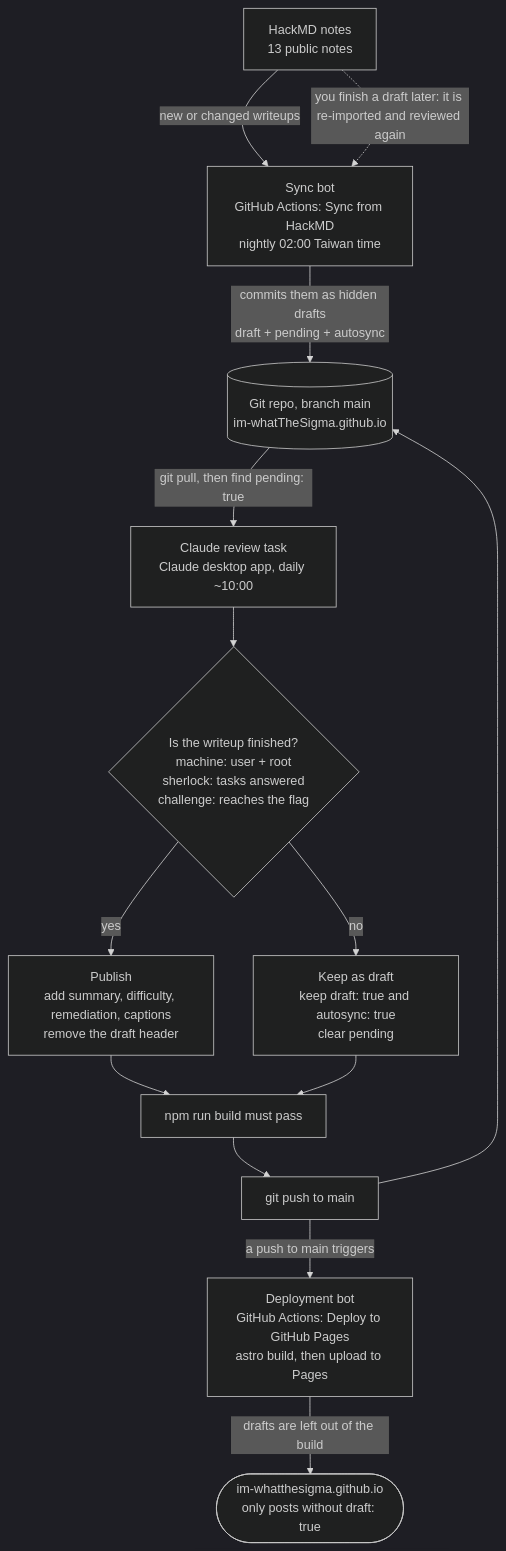
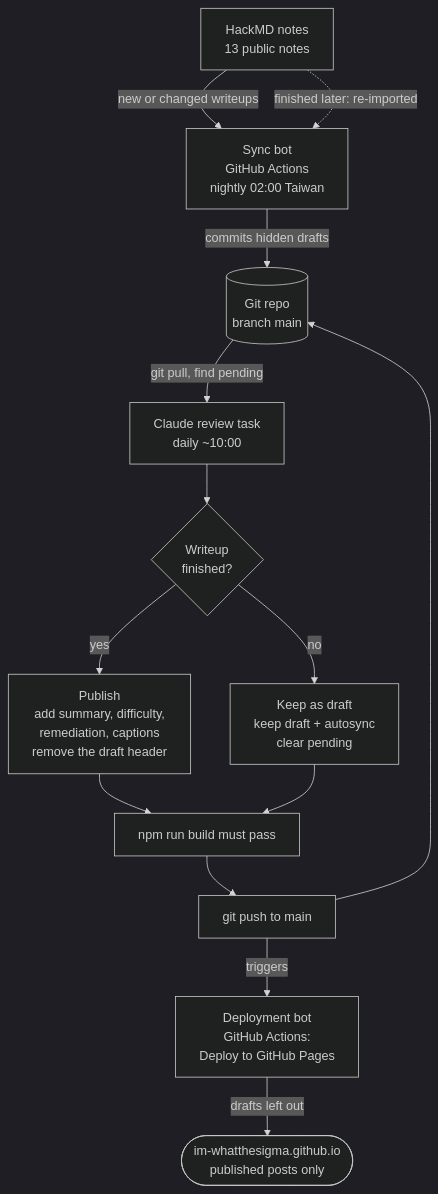
The diagram in README.md (im-whatTheSigma/im-whatTheSigma.github.io), drawn with Mermaid (dark theme) before and after one commit. The commit also changed other lines of this file, not shown here.

Commit message:
README: make the workflow diagram compact enough to read

````diff
--- a/README.md
+++ b/README.md
@@ -61,28 +61,28 @@
 ```mermaid
 flowchart TD
     hackmd["HackMD notes<br/>13 public notes"]
-    sync["Sync bot<br/>GitHub Actions: Sync from HackMD<br/>nightly 02:00 Taiwan time"]
-    repo[("Git repo, branch main<br/>im-whatTheSigma.github.io")]
-    claude["Claude review task<br/>Claude desktop app, daily ~10:00"]
-    check{"Is the writeup finished?<br/>machine: user + root<br/>sherlock: tasks answered<br/>challenge: reaches the flag"}
-    publish["Publish<br/>add summary, difficulty, remediation, captions<br/>remove the draft header"]
-    keep["Keep as draft<br/>keep draft: true and autosync: true<br/>clear pending"]
+    sync["Sync bot<br/>GitHub Actions<br/>nightly 02:00 Taiwan"]
+    repo[("Git repo<br/>branch main")]
+    claude["Claude review task<br/>daily ~10:00"]
+    check{"Writeup<br/>finished?"}
+    publish["Publish<br/>add summary, difficulty,<br/>remediation, captions<br/>remove the draft header"]
+    keep["Keep as draft<br/>keep draft + autosync<br/>clear pending"]
     build["npm run build must pass"]
     push["git push to main"]
-    deploy["Deployment bot<br/>GitHub Actions: Deploy to GitHub Pages<br/>astro build, then upload to Pages"]
-    live(["im-whatthesigma.github.io<br/>only posts without draft: true"])
+    deploy["Deployment bot<br/>GitHub Actions:<br/>Deploy to GitHub Pages"]
+    live(["im-whatthesigma.github.io<br/>published posts only"])
 
     hackmd -->|new or changed writeups| sync
-    sync -->|commits them as hidden drafts<br/>draft + pending + autosync| repo
-    repo -->|git pull, then find pending: true| claude
+    sync -->|commits hidden drafts| repo
+    repo -->|git pull, find pending| claude
     claude --> check
     check -->|yes| publish
     check -->|no| keep
     publish --> build
     keep --> build
     build --> push
     push --> repo
-    push -->|a push to main triggers| deploy
-    deploy -->|drafts are left out of the build| live
-    hackmd -.->|you finish a draft later: it is re-imported and reviewed again| sync
+    push -->|triggers| deploy
+    deploy -->|drafts left out| live
+    hackmd -.->|finished later: re-imported| sync
 ```
````
